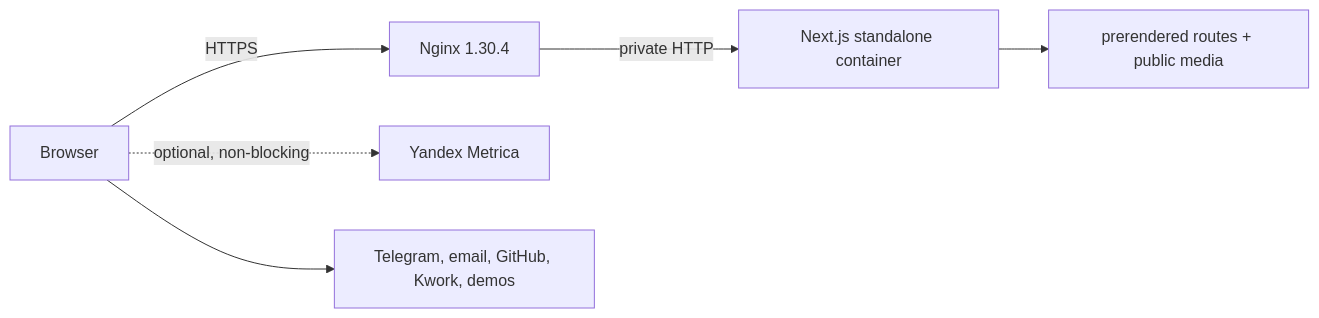
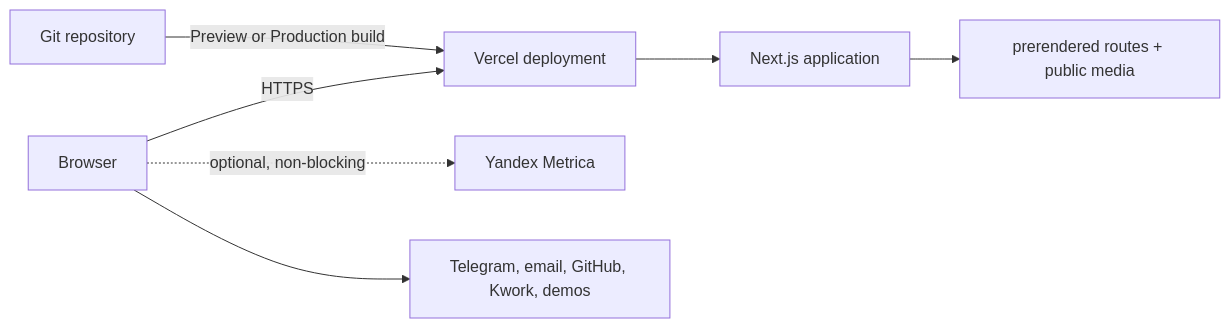
Before and after one commit to dmdraganov/portfolio-website: the second of 2 diagrams in docs/ARCHITECTURE.md, drawn with Mermaid. The commit also changed other lines of this file and 32 other files, not shown here.

````diff
--- a/docs/ARCHITECTURE.md
+++ b/docs/ARCHITECTURE.md
@@ -187,8 +182,9 @@
 ```mermaid
 flowchart LR
-  browser["Browser"] -->|HTTPS| nginx["Nginx 1.30.4"]
-  nginx -->|private HTTP| next["Next.js standalone container"]
+  git["Git repository"] -->|Preview or Production build| vercel["Vercel deployment"]
+  browser["Browser"] -->|HTTPS| vercel
+  vercel --> next["Next.js application"]
   next --> static["prerendered routes + public media"]
   browser -. "optional, non-blocking" .-> metrica["Yandex Metrica"]
   browser --> external["Telegram, email, GitHub, Kwork, demos"]
 ```
````
